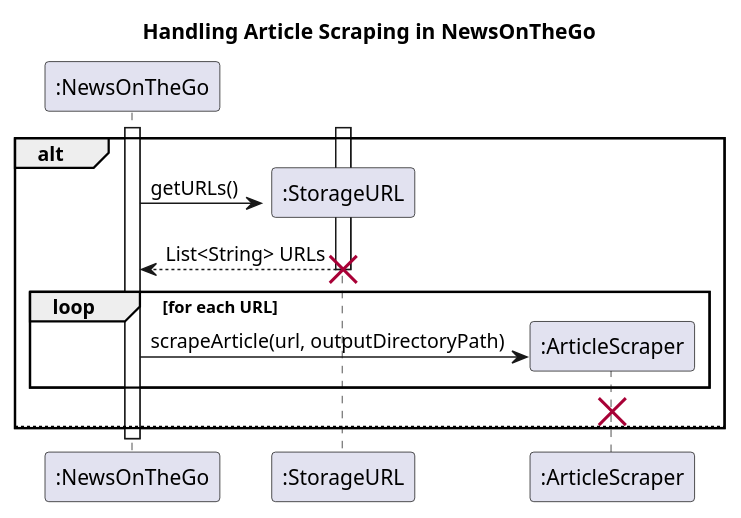
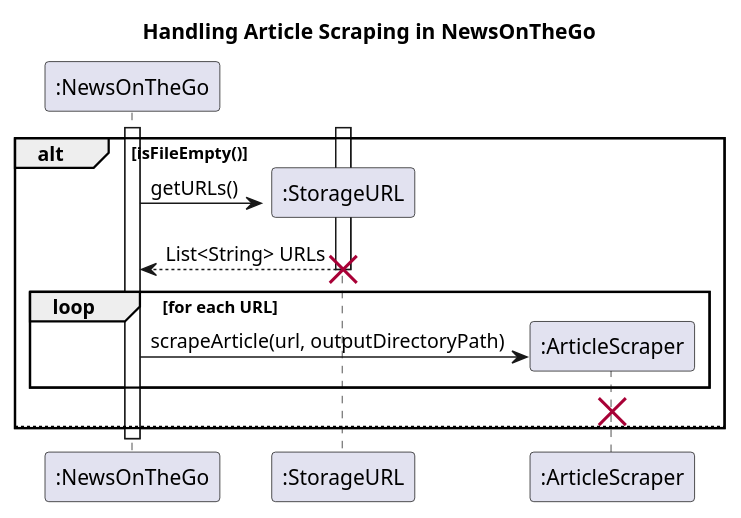
One commit to AhmedShaiyan/tp changed the diagram in docs/UML_Diagrams/ArticleScraperSequence.puml. Above: the diagram before and after it, drawn with PlantUML. The commit also changed 3 other files, not shown here.

```diff
--- a/docs/UML_Diagrams/ArticleScraperSequence.puml
+++ b/docs/UML_Diagrams/ArticleScraperSequence.puml
@@ -1,32 +1,35 @@
 @startuml
 title Handling Article Scraping in NewsOnTheGo
 
 create ":NewsOnTheGo"
 activate ":NewsOnTheGo"
 
- alt
+ alt isFileEmpty()
 
     ' If the file does not exist or is empty
     create ":StorageURL"
     activate ":StorageURL"
 
     ' NewsOnTheGo requests a list of URLs from StorageURL
     ":NewsOnTheGo" -> ":StorageURL" : getURLs()
     ":StorageURL" --> ":NewsOnTheGo" : List<String> URLs
+
+    deactivate ":StorageURL"
     destroy ":StorageURL"
 
     ' Create an instance of ArticleScraper for scraping articles
     create ":ArticleScraper"
 
     ' Loop through each URL in the list and scrape articles
     loop for each URL
         ":NewsOnTheGo" -> ":ArticleScraper" : scrapeArticle(url, outputDirectoryPath)
     end
+
     destroy ":ArticleScraper"
 
 else
 
 end
 
 deactivate ":NewsOnTheGo"
 @enduml
```
